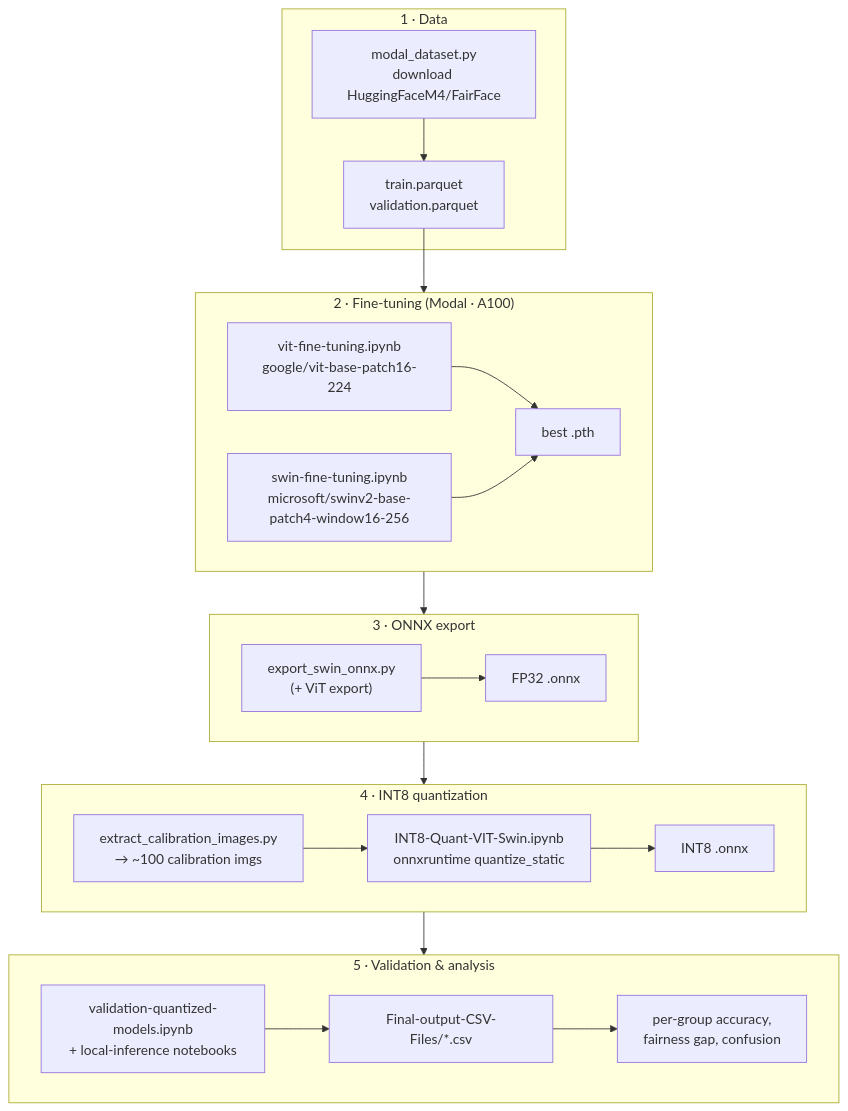
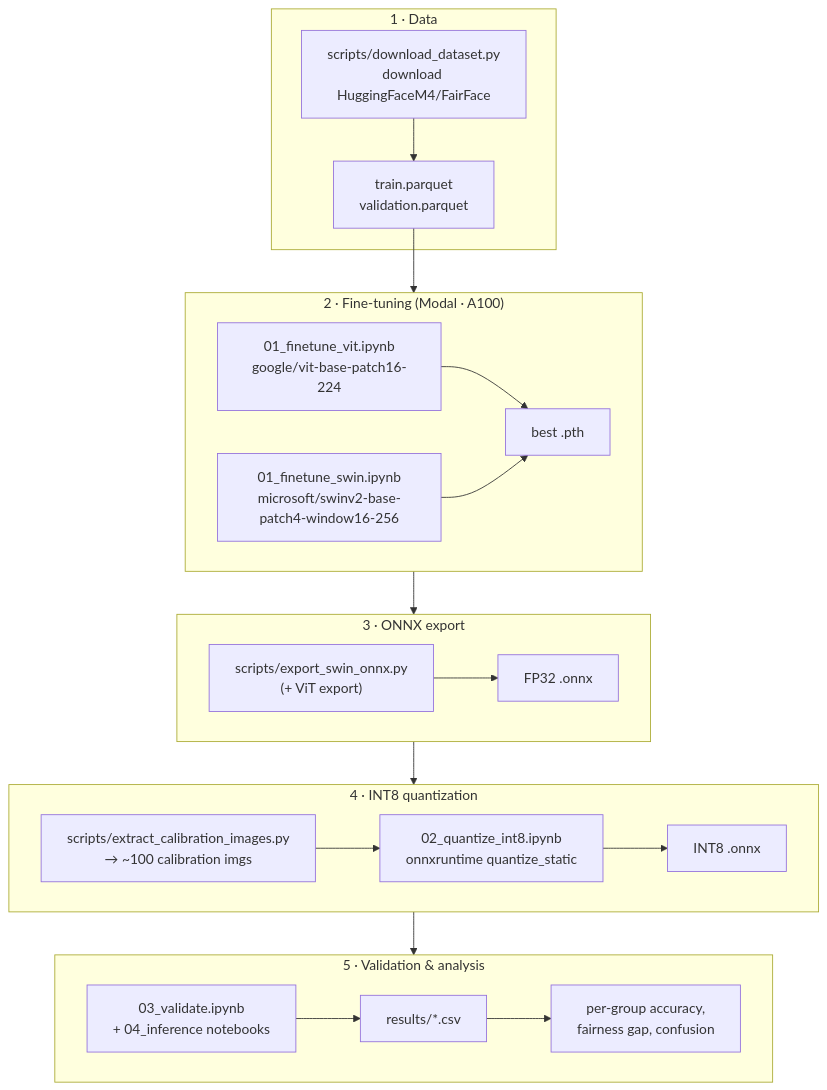
One commit to saltnpepper12/VITs-Bias-Quantization changed the second of 2 diagrams in README.md. Above: the diagram before and after it, drawn with Mermaid. The commit also changed other lines of this file and 1 other file, not shown here.

Commit message:
Update file paths in make_figures.py and README.md to reflect new directory structure; rename model validation CSVs for consistency.

````diff
--- a/README.md
+++ b/README.md
@@ -104,22 +104,22 @@
 ```mermaid
 flowchart TD
     subgraph DATA["1 · Data"]
-        D1["modal_dataset.py<br/>download HuggingFaceM4/FairFace"] --> D2["train.parquet<br/>validation.parquet"]
+        D1["scripts/download_dataset.py<br/>download HuggingFaceM4/FairFace"] --> D2["train.parquet<br/>validation.parquet"]
     end
     subgraph TRAIN["2 · Fine-tuning (Modal · A100)"]
-        T1["vit-fine-tuning.ipynb<br/>google/vit-base-patch16-224"] --> T3["best .pth"]
-        T2["swin-fine-tuning.ipynb<br/>microsoft/swinv2-base-patch4-window16-256"] --> T3
+        T1["01_finetune_vit.ipynb<br/>google/vit-base-patch16-224"] --> T3["best .pth"]
+        T2["01_finetune_swin.ipynb<br/>microsoft/swinv2-base-patch4-window16-256"] --> T3
     end
     subgraph EXPORT["3 · ONNX export"]
-        E1["export_swin_onnx.py<br/>(+ ViT export)"] --> E2["FP32 .onnx"]
+        E1["scripts/export_swin_onnx.py<br/>(+ ViT export)"] --> E2["FP32 .onnx"]
     end
     subgraph QUANT["4 · INT8 quantization"]
-        Q1["extract_calibration_images.py<br/>→ ~100 calibration imgs"] --> Q2["INT8-Quant-VIT-Swin.ipynb<br/>onnxruntime quantize_static"]
+        Q1["scripts/extract_calibration_images.py<br/>→ ~100 calibration imgs"] --> Q2["02_quantize_int8.ipynb<br/>onnxruntime quantize_static"]
         Q2 --> Q3["INT8 .onnx"]
     end
     subgraph EVAL["5 · Validation & analysis"]
-        V1["validation-quantized-models.ipynb<br/>+ local-inference notebooks"] --> V2["Final-output-CSV-Files/*.csv"]
+        V1["03_validate.ipynb<br/>+ 04_inference notebooks"] --> V2["results/*.csv"]
         V2 --> V3["per-group accuracy,<br/>fairness gap, confusion"]
     end
     D2 --> TRAIN --> EXPORT --> QUANT --> EVAL
 ```
````
